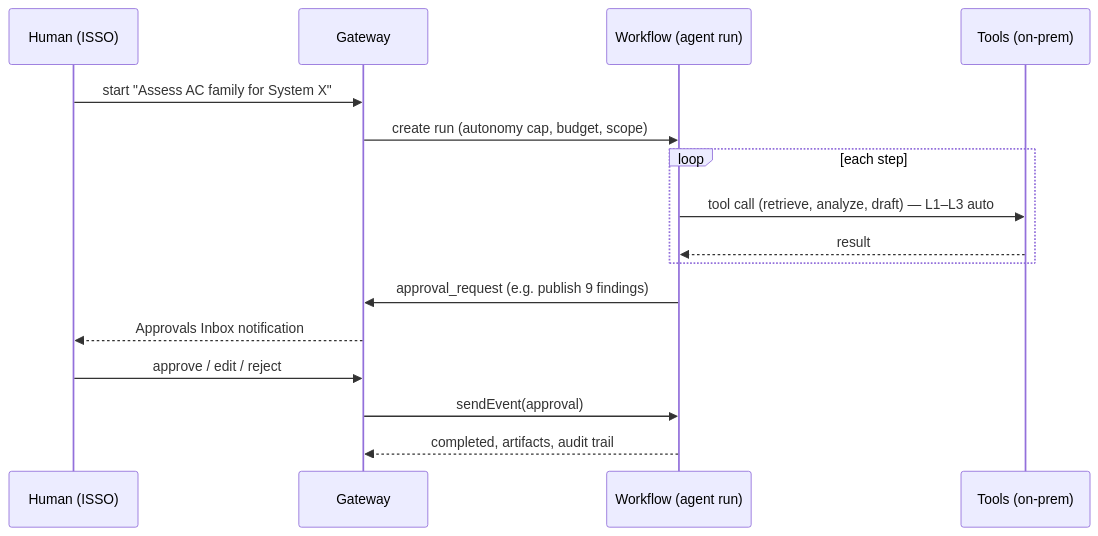
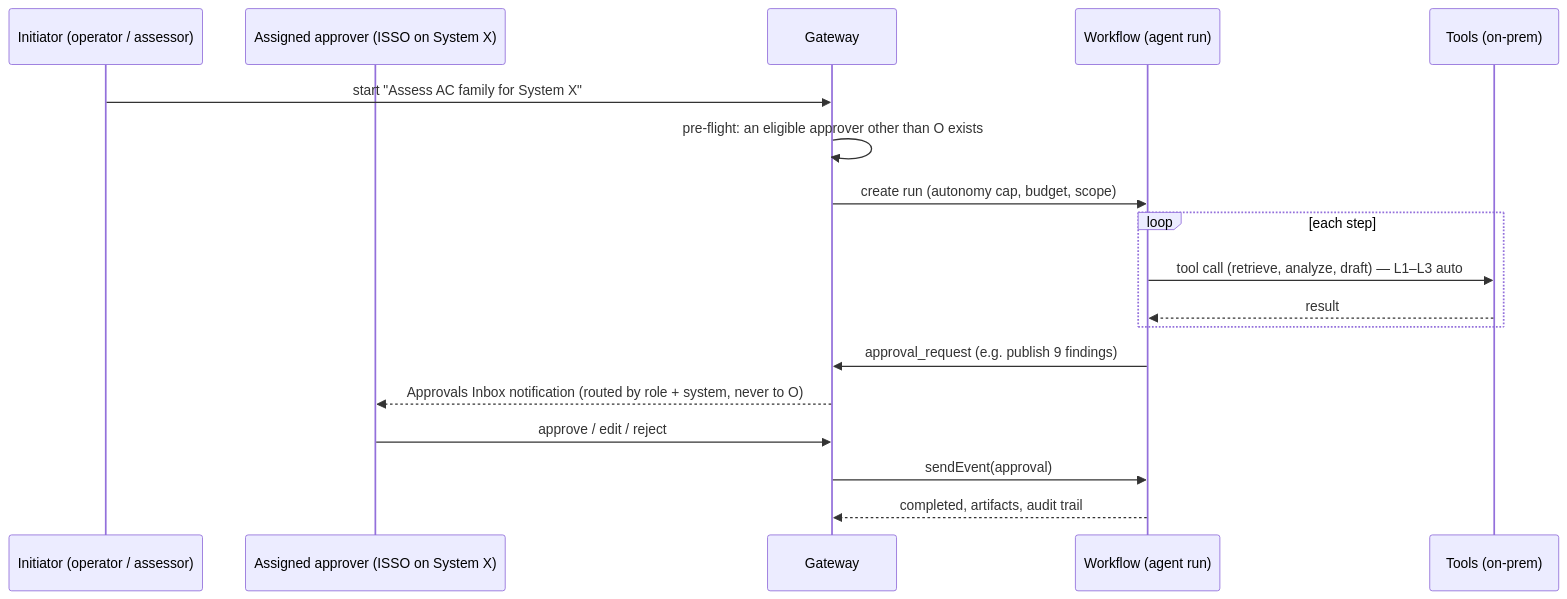
The third of 3 diagrams in docs/blueprint/01-architecture.md (Bjay0727-jay/forge-closedml), drawn with Mermaid before and after one commit. The commit also changed 4 other files, not shown here.

````diff
--- a/docs/blueprint/01-architecture.md
+++ b/docs/blueprint/01-architecture.md
@@ -127,18 +127,20 @@
 ```mermaid
 sequenceDiagram
-  participant H as Human (ISSO)
+  participant O as Initiator (operator / assessor)
+  participant H as Assigned approver (ISSO on System X)
   participant GW as Gateway
   participant WF as Workflow (agent run)
   participant T as Tools (on-prem)
-  H->>GW: start "Assess AC family for System X"
+  O->>GW: start "Assess AC family for System X"
+  GW->>GW: pre-flight: an eligible approver other than O exists
   GW->>WF: create run (autonomy cap, budget, scope)
   loop each step
     WF->>T: tool call (retrieve, analyze, draft) — L1–L3 auto
     T-->>WF: result
   end
   WF->>GW: approval_request (e.g. publish 9 findings)
-  GW-->>H: Approvals Inbox notification
+  GW-->>H: Approvals Inbox notification (routed by role + system, never to O)
   H->>GW: approve / edit / reject
   GW->>WF: sendEvent(approval)
   WF-->>GW: completed, artifacts, audit trail
 ```
````
